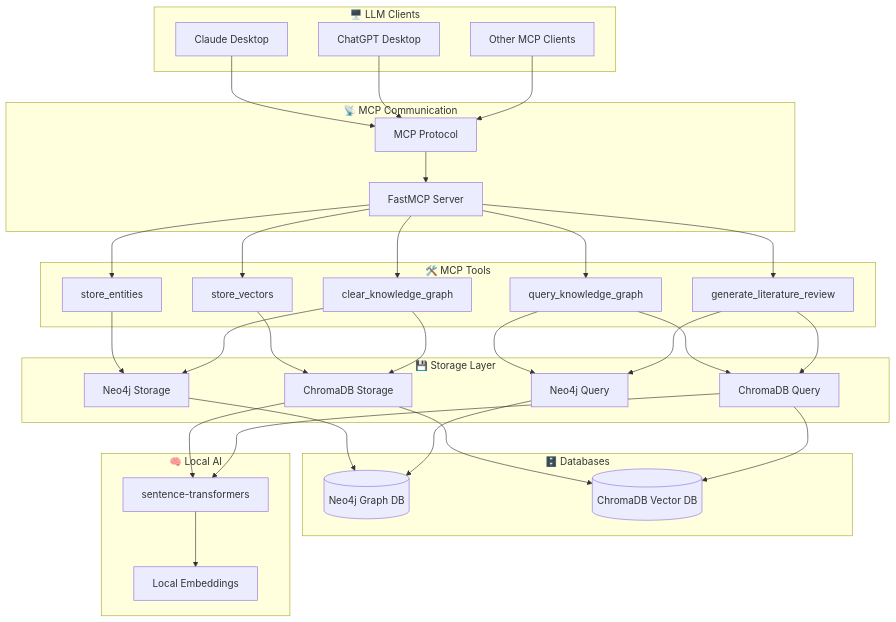
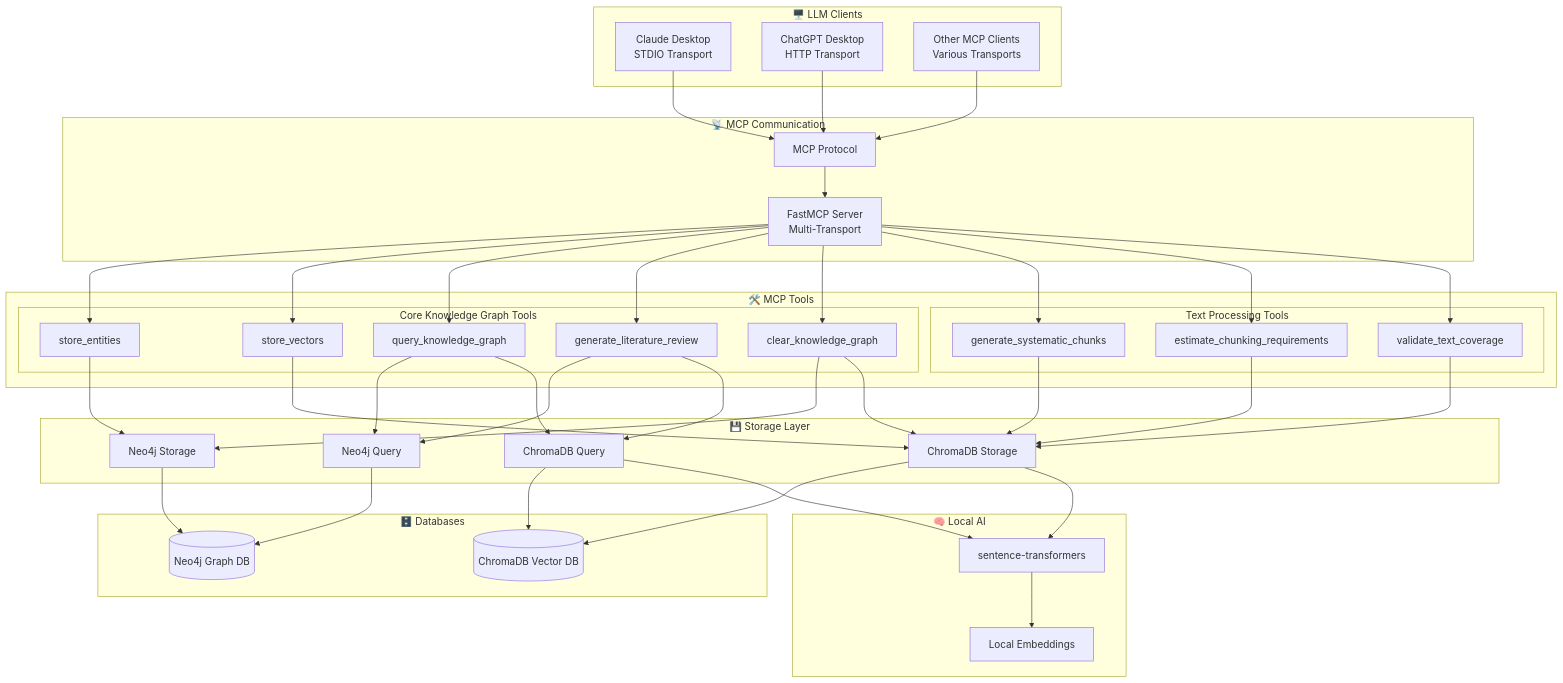
The first of 5 diagrams in mcp_architecture_flow.md (Eleftheria14/simple-knowledge-graph-mcp), drawn with Mermaid before and after one commit. The commit also changed other lines of this file and 29 other files, not shown here.

````diff
--- a/mcp_architecture_flow.md
+++ b/mcp_architecture_flow.md
@@ -3,68 +3,81 @@
 ```mermaid
 flowchart TD
     subgraph clients["🖥️ LLM Clients"]
-        A[Claude Desktop]
-        B[ChatGPT Desktop]
-        C[Other MCP Clients]
+        A[Claude Desktop<br/>STDIO Transport]
+        B[ChatGPT Desktop<br/>HTTP Transport]
+        C[Other MCP Clients<br/>Various Transports]
     end
     
     subgraph comm["📡 MCP Communication"]
         D[MCP Protocol]
-        E[FastMCP Server]
+        E[FastMCP Server<br/>Multi-Transport]
     end
     
     subgraph tools["🛠️ MCP Tools"]
-        F[store_entities]
-        G[store_vectors]
-        H[query_knowledge_graph]
-        I[generate_literature_review]
-        J[clear_knowledge_graph]
+        subgraph core_tools["Core Knowledge Graph Tools"]
+            F[store_entities]
+            G[store_vectors]
+            H[query_knowledge_graph]
+            I[generate_literature_review]
+            J[clear_knowledge_graph]
+        end
+        subgraph text_tools["Text Processing Tools"]
+            K[generate_systematic_chunks]
+            L[estimate_chunking_requirements]
+            M[validate_text_coverage]
+        end
     end
     
     subgraph storage["💾 Storage Layer"]
-        K[Neo4j Storage]
-        L[ChromaDB Storage]
-        M[Neo4j Query]
-        N[ChromaDB Query]
+        N[Neo4j Storage]
+        O[ChromaDB Storage]
+        P[Neo4j Query]
+        Q[ChromaDB Query]
     end
     
     subgraph databases["🗄️ Databases"]
-        O@{shape: database, label: "Neo4j Graph DB"}
-        P@{shape: database, label: "ChromaDB Vector DB"}
+        R@{shape: database, label: "Neo4j Graph DB"}
+        S@{shape: database, label: "ChromaDB Vector DB"}
     end
     
     subgraph embedding["🧠 Local AI"]
-        Q[sentence-transformers]
-        R[Local Embeddings]
+        T[sentence-transformers]
+        U[Local Embeddings]
     end
     
     A --> D
     B --> D
     C --> D
     
     D --> E
     
     E --> F
     E --> G
     E --> H
     E --> I
     E --> J
+    E --> K
+    E --> L
+    E --> M
     
-    F --> K
-    G --> L
-    H --> M
-    H --> N
-    I --> M
-    I --> N
-    J --> K
-    J --> L
+    F --> N
+    G --> O
+    H --> P
+    H --> Q
+    I --> P
+    I --> Q
+    J --> N
+    J --> O
+    K --> O
+    L --> O
+    M --> O
     
-    K --> O
-    L --> P
-    M --> O
-    N --> P
+    N --> R
+    O --> S
+    P --> R
+    Q --> S
     
-    L --> Q
-    N --> Q
-    Q --> R
+    O --> T
+    Q --> T
+    T --> U
 ```
````
